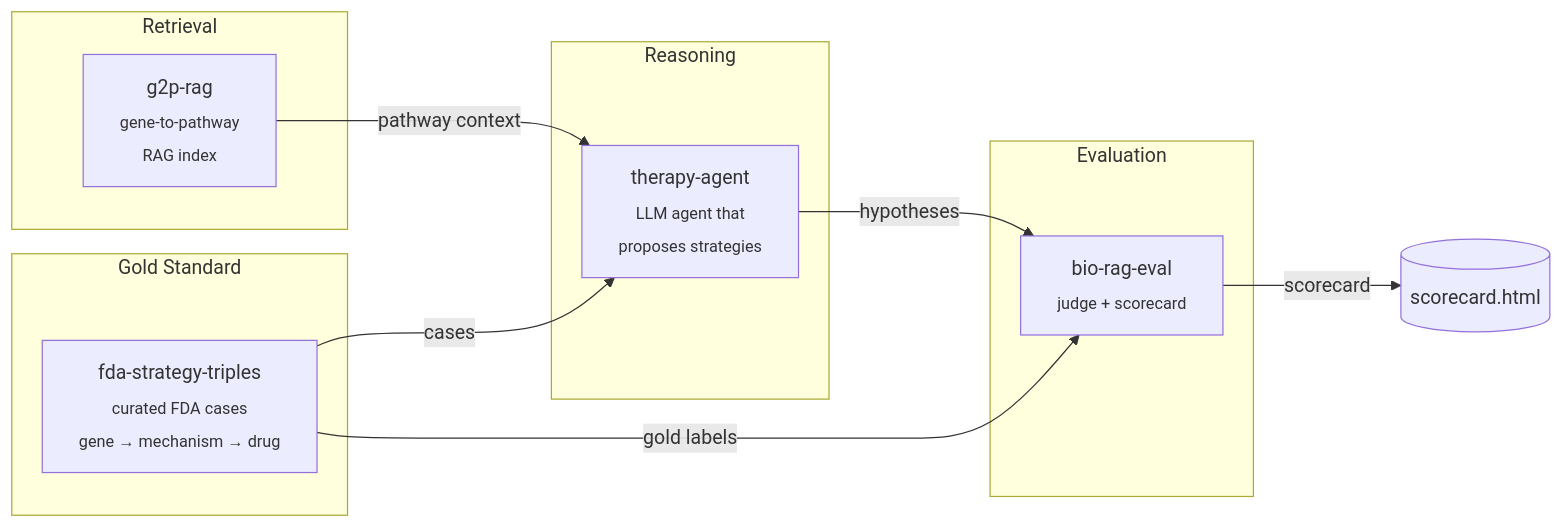
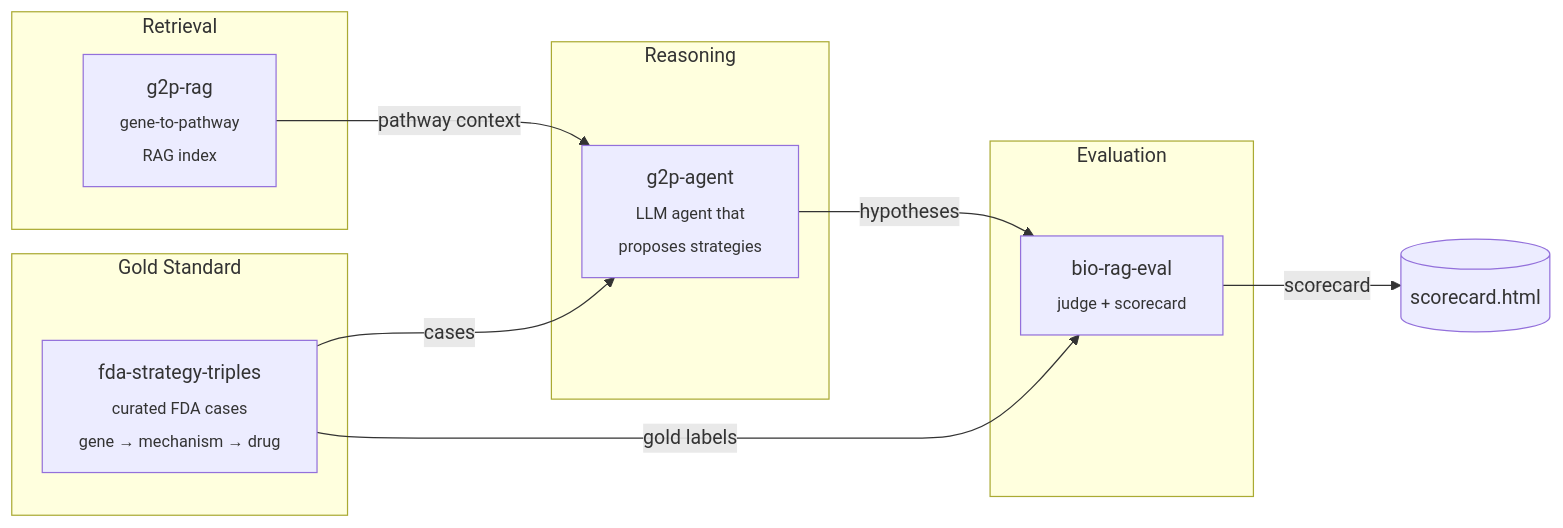
Before and after one commit to xX-its-amit-Xx/therapy-stack: the diagram in README.md, drawn with Mermaid. The commit also changed other lines of this file and 18 other files, not shown here.

````diff
--- a/README.md
+++ b/README.md
@@ -13,24 +13,24 @@
 ```mermaid
 flowchart LR
     subgraph data[Gold Standard]
         FDA[fda-strategy-triples<br/><sub>curated FDA cases<br/>gene → mechanism → drug</sub>]
     end
 
     subgraph retrieval[Retrieval]
         G2P[g2p-rag<br/><sub>gene-to-pathway<br/>RAG index</sub>]
     end
 
     subgraph agent[Reasoning]
-        TA[therapy-agent<br/><sub>LLM agent that<br/>proposes strategies</sub>]
+        TA[g2p-agent<br/><sub>LLM agent that<br/>proposes strategies</sub>]
     end
 
     subgraph eval[Evaluation]
         BRE[bio-rag-eval<br/><sub>judge + scorecard</sub>]
     end
 
     FDA -- cases --> TA
     G2P -- pathway context --> TA
     TA -- hypotheses --> BRE
     FDA -- gold labels --> BRE
     BRE -- scorecard --> Output[(scorecard.html)]
 ```
````
